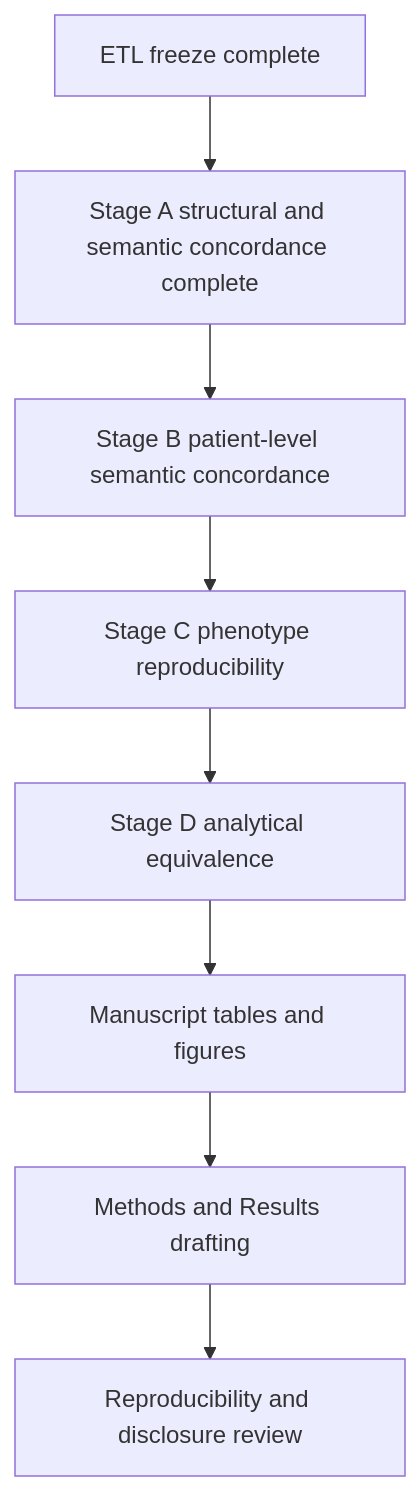
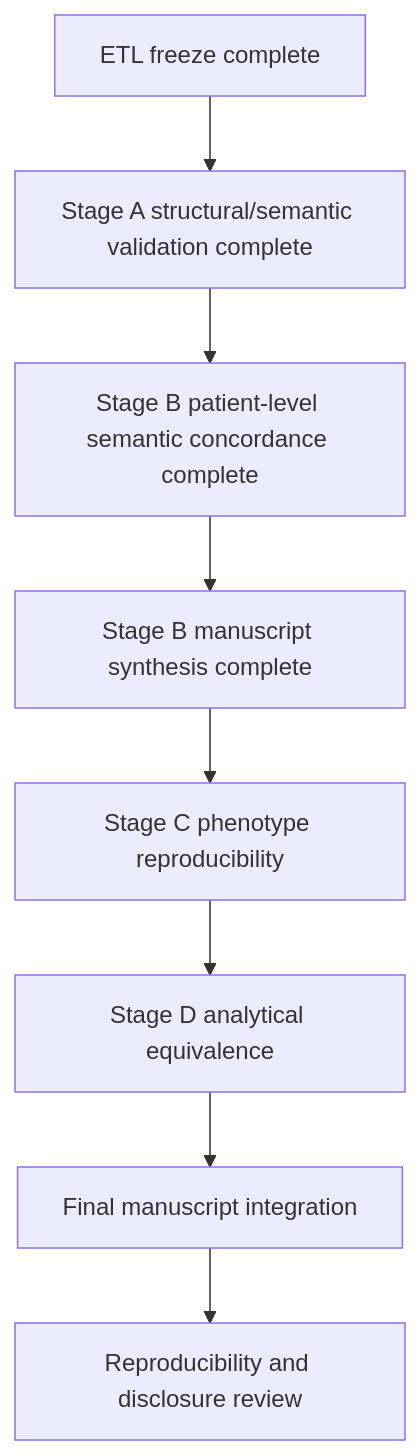
The second of 2 diagrams in docs/current_status_and_publication_plan.md (vafaei-ar/pcornet-omop-validation), drawn with Mermaid before and after one commit. The commit also changed other lines of this file, not shown here.

Commit message:
Mark Stage B complete and advance publication plan

````diff
--- a/docs/current_status_and_publication_plan.md
+++ b/docs/current_status_and_publication_plan.md
@@ -77,10 +80,10 @@
 ```mermaid
 flowchart TD
-    A[ETL freeze complete] --> B[Stage A structural and semantic concordance complete]
-    B --> C[Stage B patient-level semantic concordance]
-    C --> D[Stage C phenotype reproducibility]
-    D --> E[Stage D analytical equivalence]
-    E --> F[Manuscript tables and figures]
-    F --> G[Methods and Results drafting]
+    A[ETL freeze complete] --> B[Stage A structural/semantic validation complete]
+    B --> C[Stage B patient-level semantic concordance complete]
+    C --> D[Stage B manuscript synthesis complete]
+    D --> E[Stage C phenotype reproducibility]
+    E --> F[Stage D analytical equivalence]
+    F --> G[Final manuscript integration]
     G --> H[Reproducibility and disclosure review]
 ```
````
